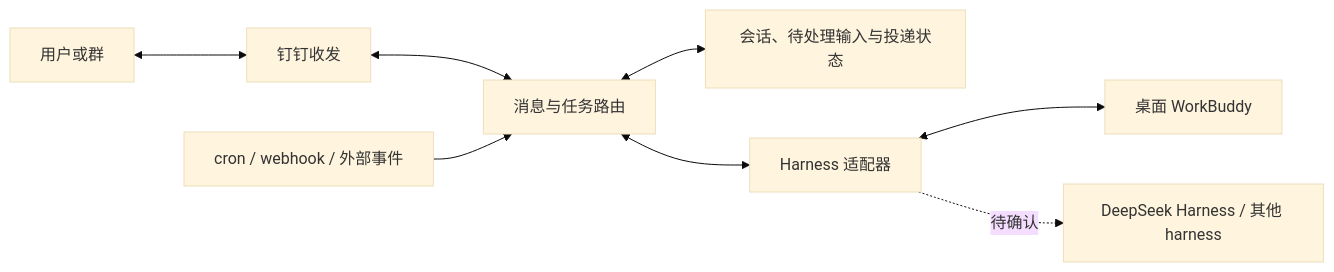
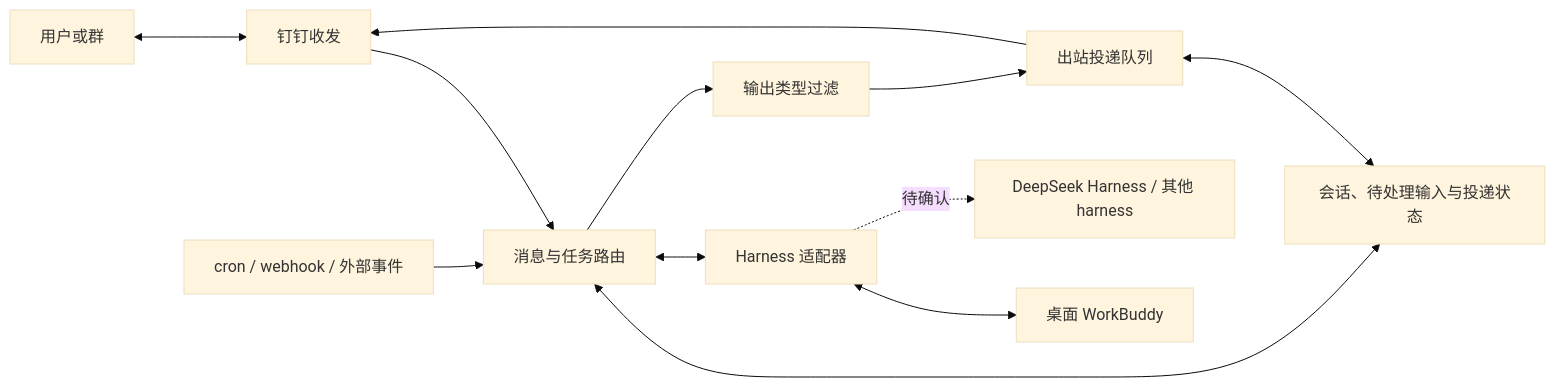
One commit to euyuil/agent-courier changed the diagram in README.md. Above: the diagram before and after it, drawn with Mermaid (base theme). The commit also changed other lines of this file and 1 other file, not shown here.

````diff
--- a/README.md
+++ b/README.md
@@ -29,10 +30,14 @@
 ```mermaid
 flowchart LR
     U[用户或群] <--> D[钉钉收发]
-    D <--> R[消息与任务路由]
+    D --> R[消息与任务路由]
     E[cron / webhook / 外部事件] --> R
     R <--> S[会话、待处理输入与投递状态]
     R <--> A[Harness 适配器]
+    R --> F[输出类型过滤]
+    F --> O[出站投递队列]
+    O --> D
+    O <--> S
     A <--> W[桌面 WorkBuddy]
     A -. 待确认 .-> H[DeepSeek Harness / 其他 harness]
 ```
````
